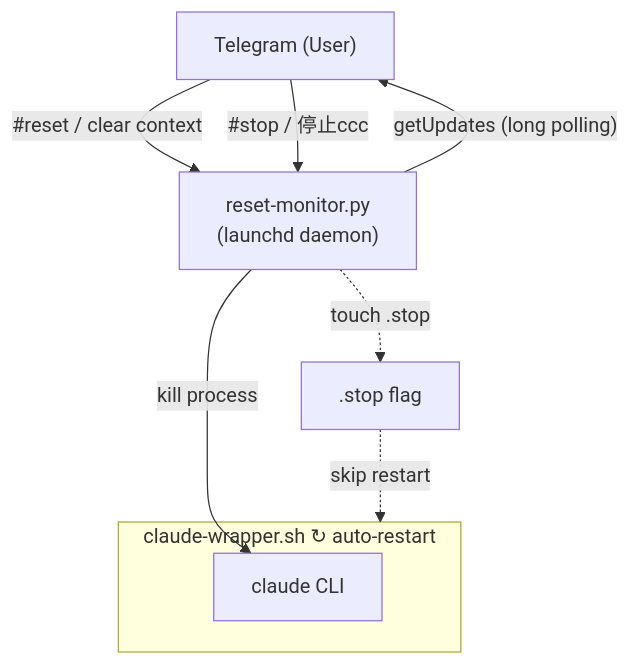
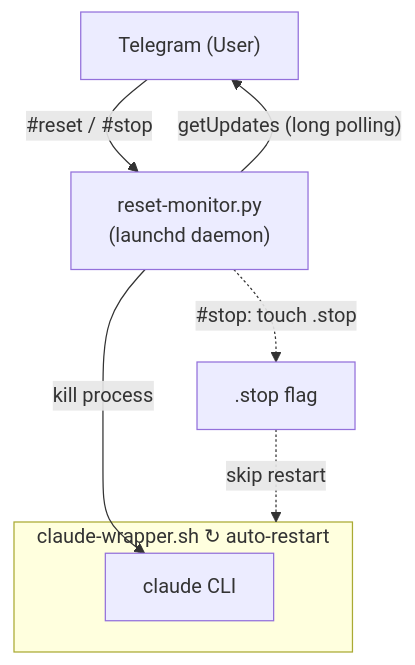
The diagram in README.md (robin-li/claude-tg-reset), drawn with Mermaid before and after one commit. The commit also changed 2 other files, not shown here.

Commit message:
docs: simplify architecture diagram — merge command arrows

````diff
--- a/README.md
+++ b/README.md
@@ -21,18 +21,16 @@
 ```mermaid
 flowchart TB
     A["Telegram (User)"]
     B["reset-monitor.py\n(launchd daemon)"]
 
-    A -- "#reset / clear context" --> B
-    A -- "#stop / 停止ccc" --> B
+    A -- "#reset / #stop" --> B
     B -- "getUpdates (long polling)" --> A
 
     B -- "kill process" --> C
-    B -. "touch .stop" .-> S[".stop flag"]
+    B -. "#stop: touch .stop" .-> S[".stop flag"]
+    S -. "skip restart" .-> wrapper
 
     subgraph wrapper ["claude-wrapper.sh  ↻ auto-restart"]
         C["claude CLI"]
     end
-
-    S -. "skip restart" .-> wrapper
 ```
````
